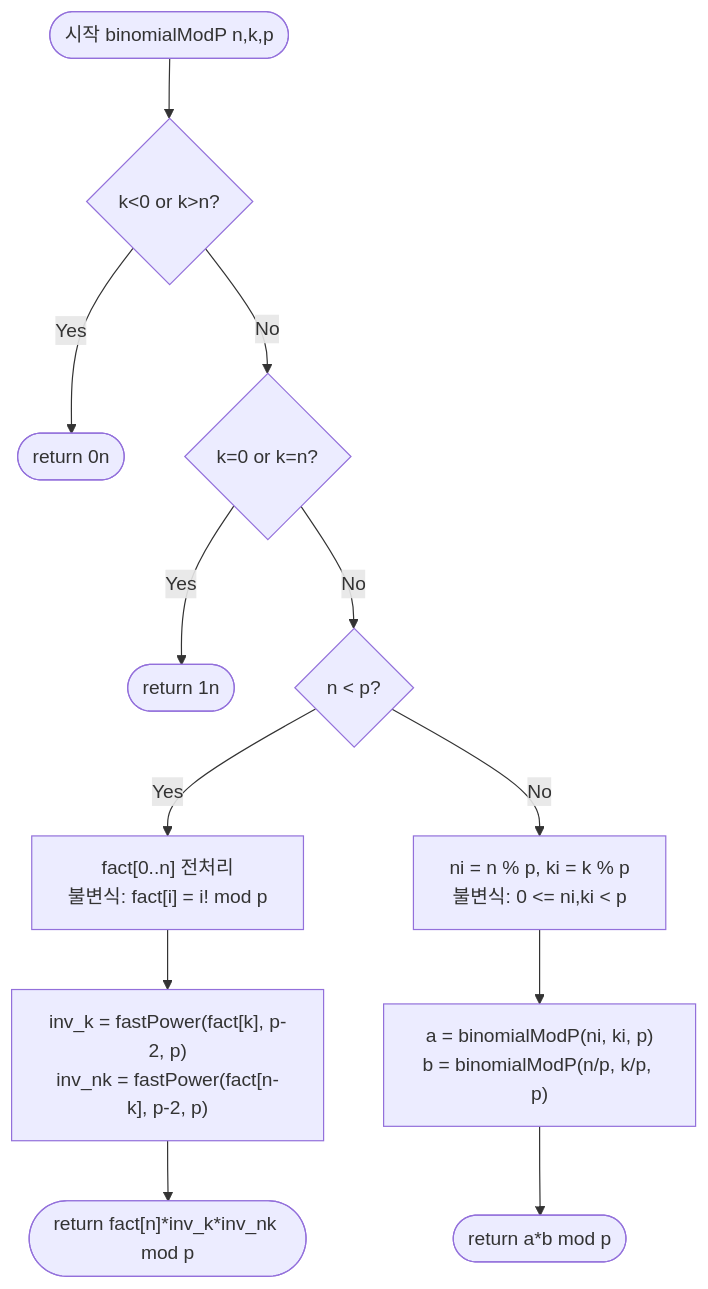
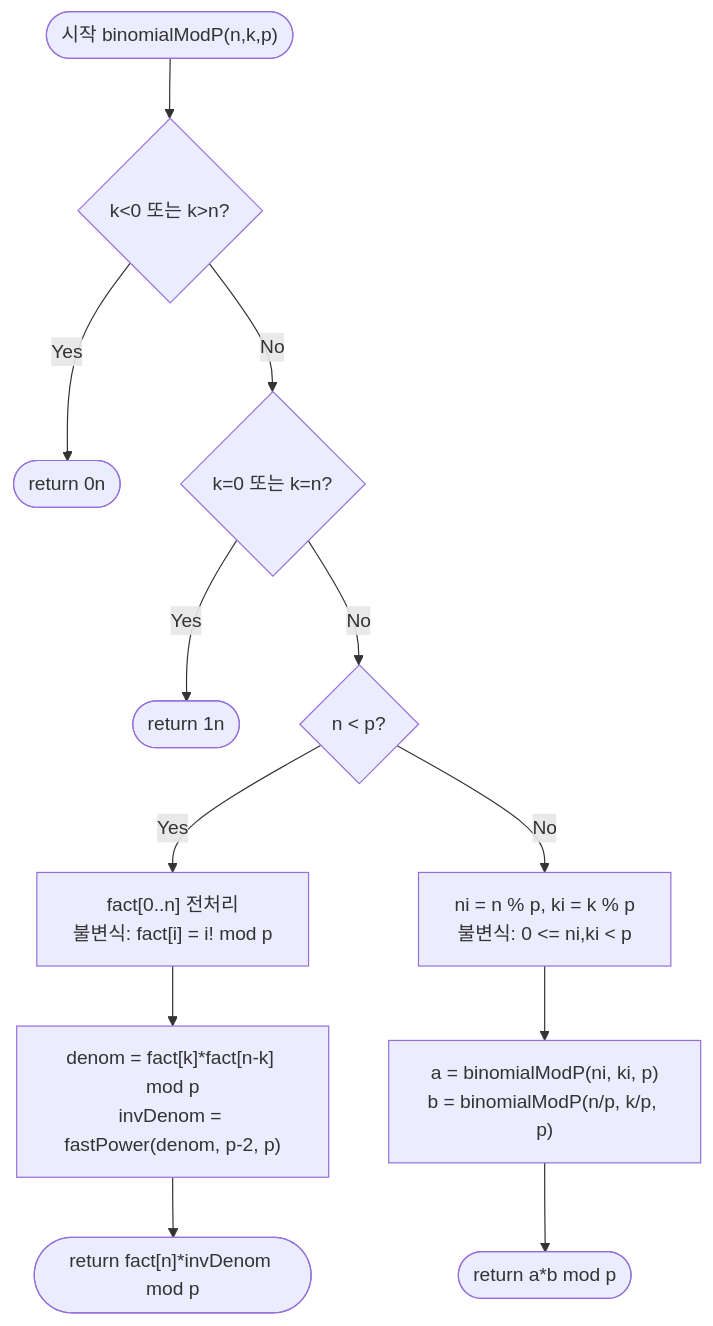
Before and after one commit to centurio1987/grow-up-programming: the diagram in src/algorithms/number-theory/binomialModP/binomialModP-guide.mdx, drawn with Mermaid. The commit also changed other lines of this file and 23 other files, not shown here.

````diff
--- a/src/algorithms/number-theory/binomialModP/binomialModP-guide.mdx
+++ b/src/algorithms/number-theory/binomialModP/binomialModP-guide.mdx
@@ -216,14 +353,14 @@
 ```mermaid
 flowchart TD
-    A([시작 binomialModP n,k,p]) --> B{k<0 or k>n?}
-    B -- Yes --> C([return 0n])
-    B -- No  --> D{k=0 or k=n?}
-    D -- Yes --> E([return 1n])
-    D -- No  --> F{n < p?}
-    F -- Yes --> G["fact[0..n] 전처리\n불변식: fact[i] = i! mod p"]
-    G --> H["inv_k = fastPower(fact[k], p-2, p)\ninv_nk = fastPower(fact[n-k], p-2, p)"]
-    H --> I(["return fact[n]*inv_k*inv_nk mod p"])
-    F -- No  --> J["ni = n % p,  ki = k % p\n불변식: 0 <= ni,ki < p"]
-    J --> K["a = binomialModP(ni, ki, p)\nb = binomialModP(n/p, k/p, p)"]
-    K --> L([return a*b mod p])
+    A(["시작 binomialModP(n,k,p)"]) --> B{"k<0 또는 k>n?"}
+    B -- Yes --> C(["return 0n"])
+    B -- No --> D{"k=0 또는 k=n?"}
+    D -- Yes --> E(["return 1n"])
+    D -- No --> F{"n < p?"}
+    F -- Yes --> G["fact[0..n] 전처리<br/>불변식: fact[i] = i! mod p"]
+    G --> H["denom = fact[k]*fact[n-k] mod p<br/>invDenom = fastPower(denom, p-2, p)"]
+    H --> I(["return fact[n]*invDenom mod p"])
+    F -- No --> J["ni = n % p, ki = k % p<br/>불변식: 0 <= ni,ki < p"]
+    J --> K["a = binomialModP(ni, ki, p)<br/>b = binomialModP(n/p, k/p, p)"]
+    K --> L(["return a*b mod p"])
 ```
````
